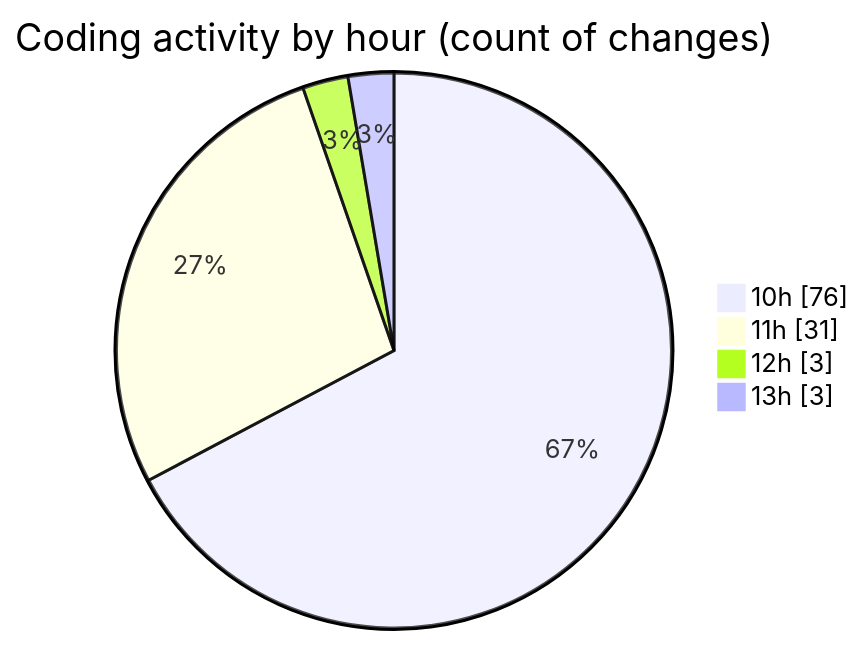
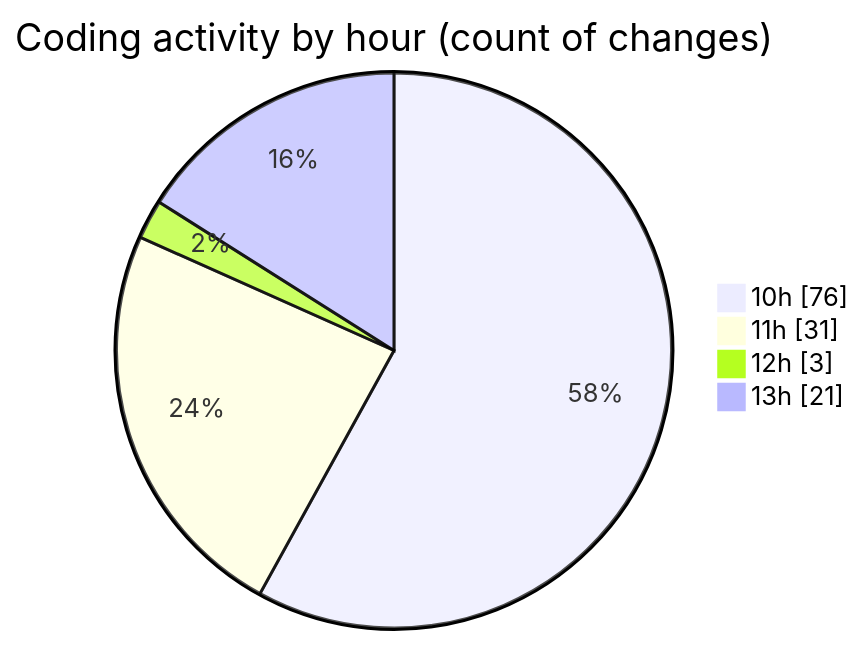
One commit to lephambinh05/code-tracking changed the second of 2 diagrams in 2025-08-18/vps-v1/README.md. Above: the diagram before and after it, drawn with Mermaid. The commit also changed other lines of this file and 1 other file, not shown here.

````diff
--- a/2025-08-18/vps-v1/README.md
+++ b/2025-08-18/vps-v1/README.md
@@ -92,8 +99,8 @@
 ```mermaid
 pie showData
 title Coding activity by hour (count of changes)
 "10h" : 76
 "11h" : 31
 "12h" : 3
-"13h" : 3
+"13h" : 21
 ```
````
